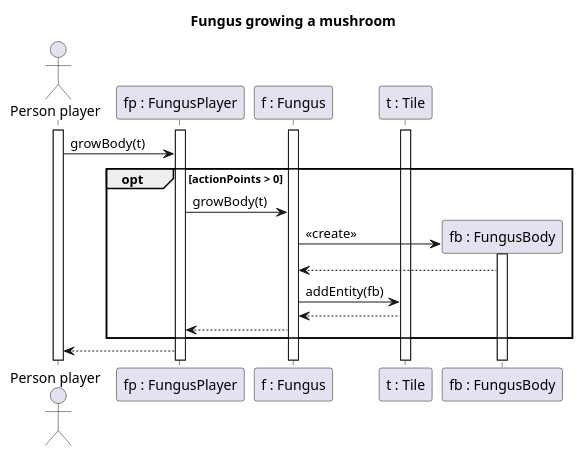
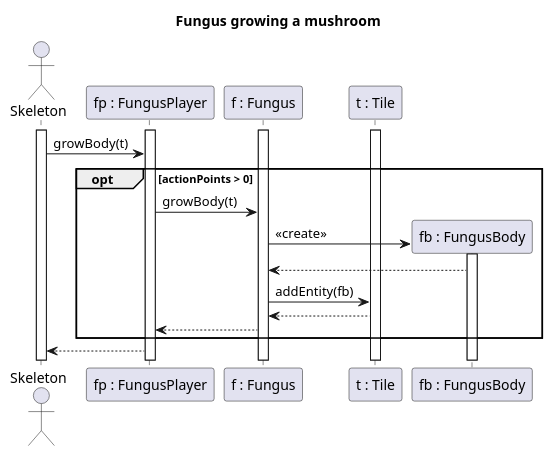
Before and after one commit to Harcipan/Projlab_nullpointerexception: the diagram in diagrams/diagramFiles/SQ_FungusMushroom.puml, drawn with PlantUML. The commit also changed 23 other files, not shown here.

Commit message:
fixed Player Person and spore eating

```diff
--- a/diagrams/diagramFiles/SQ_FungusMushroom.puml
+++ b/diagrams/diagramFiles/SQ_FungusMushroom.puml
@@ -1,29 +1,29 @@
 @startuml Fungus mushroom
 
 title Fungus growing a mushroom
 
-actor "Person player" as Ac
+actor "Skeleton" as Ac
 participant "fp : FungusPlayer" as Fp
 participant "f : Fungus" as F
 participant "t : Tile" as T
 participant "fb : FungusBody" as Fb
 
 activate Ac
 activate Fp
 activate F
 activate T
 
 Ac -> Fp : growBody(t)
 opt actionPoints > 0
 Fp -> F : growBody(t)
 F -> Fb ** : <<create>>
 activate Fb
 Fb --> F
 F -> T : addEntity(fb)
 T --> F
 F --> Fp
 end
 Fp --> Ac
 
 
 @enduml
```
